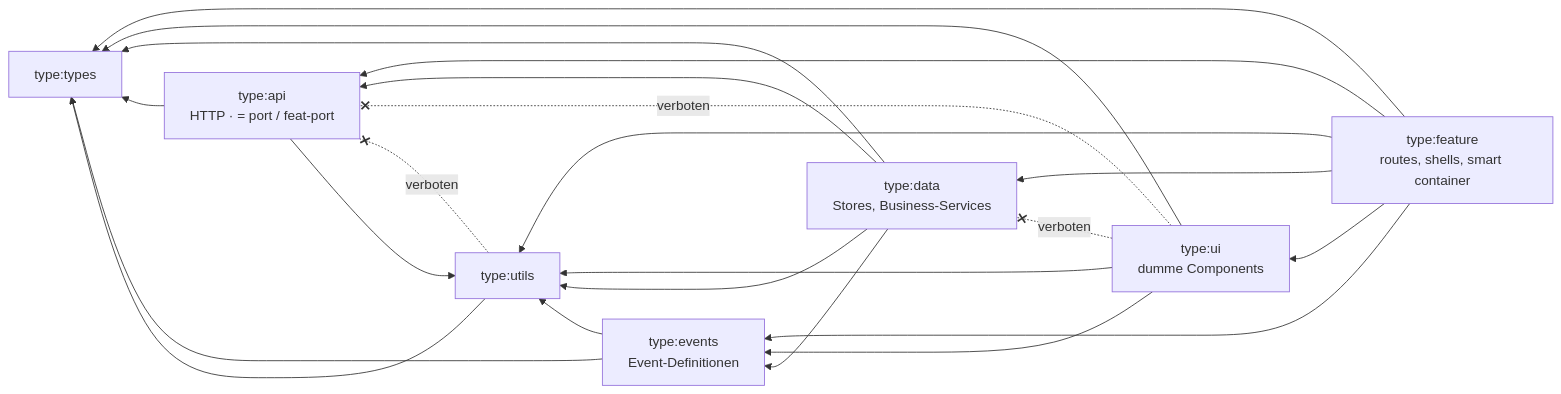
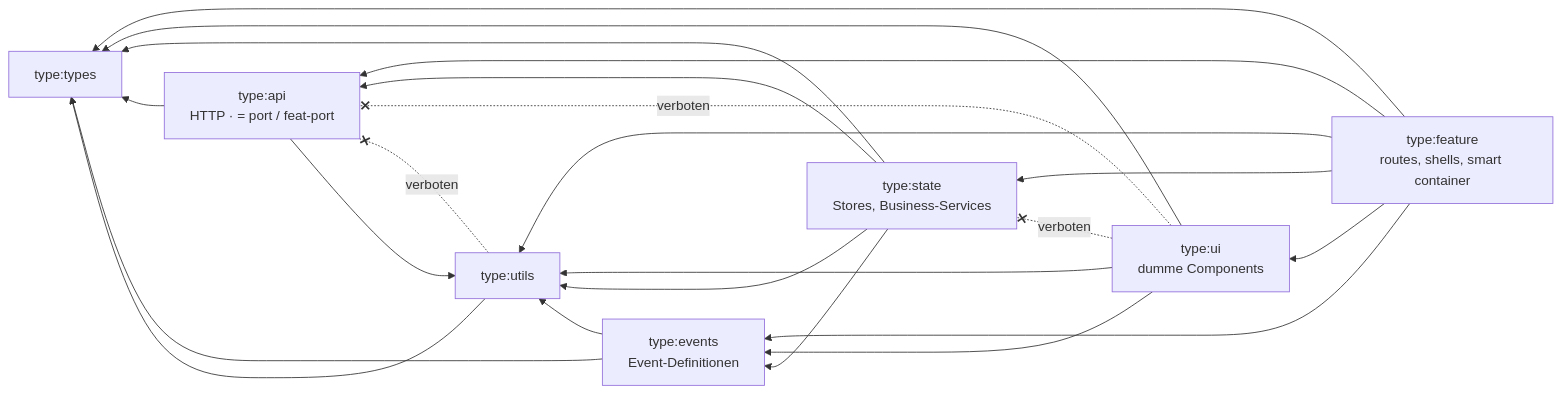
One commit to michaelbe812/sheriff-demos changed the first of 5 diagrams in docs/architecture.md. Above: the diagram before and after it, drawn with Mermaid. The commit also changed other lines of this file and 26 other files, not shown here.

````diff
--- a/docs/architecture.md
+++ b/docs/architecture.md
@@ -81,38 +81,38 @@
 ```mermaid
 graph RL
   feature["type:feature<br/>routes, shells, smart container"]
   ui["type:ui<br/>dumme Components"]
-  data["type:data<br/>Stores, Business-Services"]
+  state["type:state<br/>Stores, Business-Services"]
   api["type:api<br/>HTTP · = port / feat-port"]
   events["type:events<br/>Event-Definitionen"]
   utils["type:utils"]
   types["type:types"]
 
   feature --> ui
-  feature --> data
+  feature --> state
   feature --> api
   feature --> events
   feature --> utils
   feature --> types
 
   ui --> events
   ui --> utils
   ui --> types
 
-  data --> api
-  data --> events
-  data --> utils
-  data --> types
+  state --> api
+  state --> events
+  state --> utils
+  state --> types
 
   api --> utils
   api --> types
 
   events --> utils
   events --> types
 
   utils --> types
 
-  ui -. verboten .-x data
+  ui -. verboten .-x state
   ui -. verboten .-x api
   utils -. verboten .-x api
 ```
````
